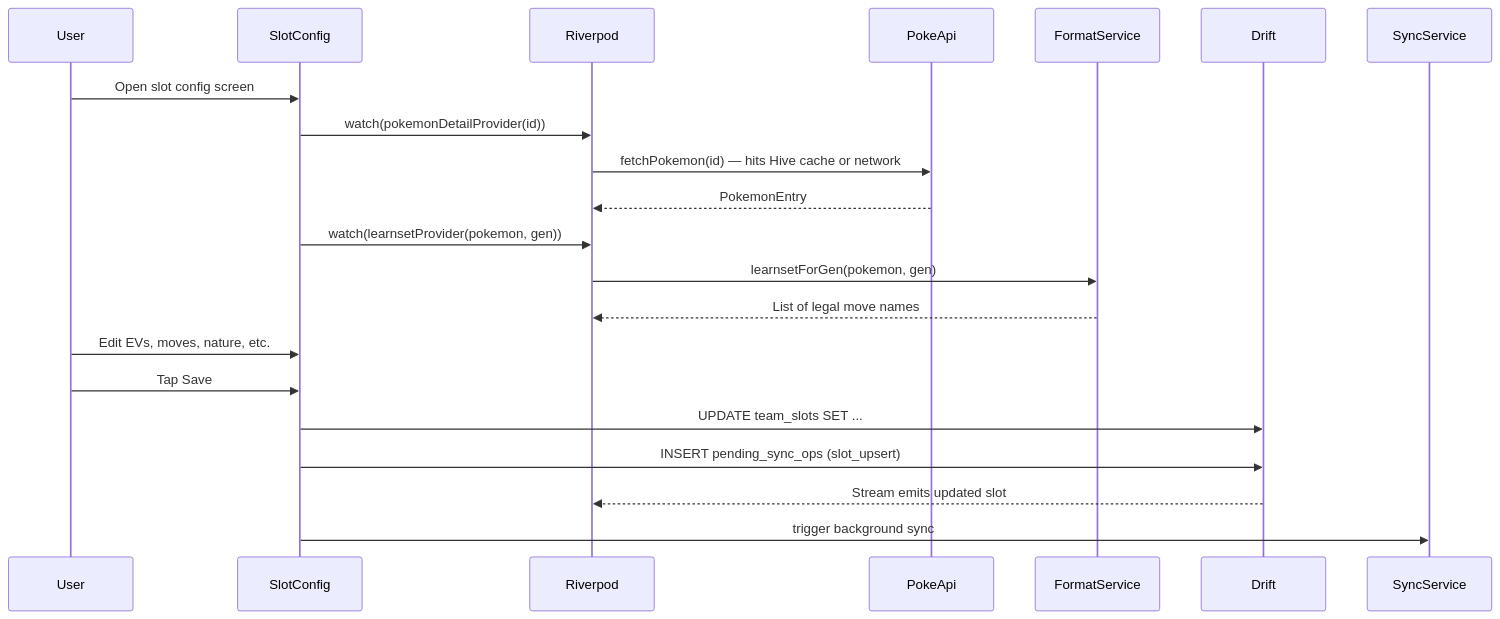
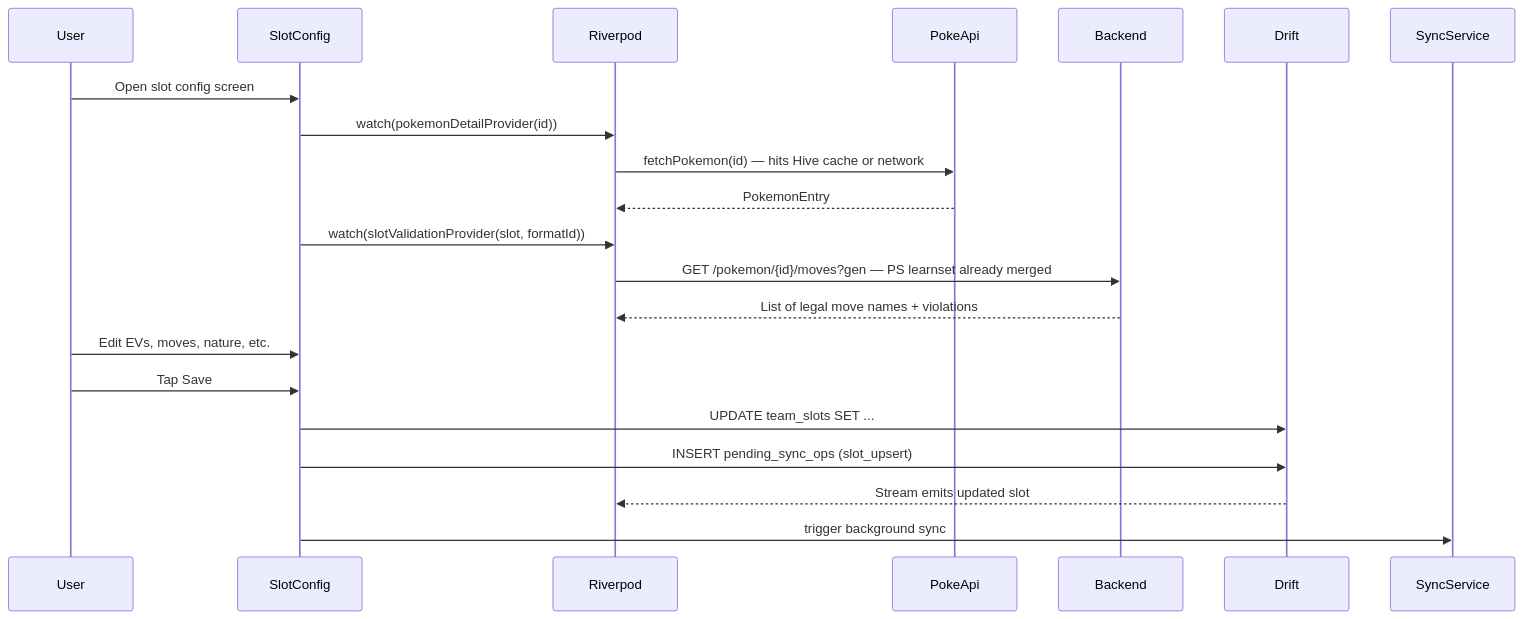
Diagram 13 of 14 in README.md (KwasiAsante/PokeTeamDex), drawn with Mermaid before and after one commit. The commit also changed other lines of this file and 49 other files, not shown here.

First line of the commit message:
feat: withBackendFallback utility; migrate pickers and list/detail screens (#299)

````diff
--- a/README.md
+++ b/README.md
@@ -746,24 +750,24 @@
 ```mermaid
 sequenceDiagram
     participant User
     participant SlotConfig
     participant Riverpod
     participant PokeApi
-    participant FormatService
+    participant Backend
     participant Drift
 
     User->>SlotConfig: Open slot config screen
     SlotConfig->>Riverpod: watch(pokemonDetailProvider(id))
     Riverpod->>PokeApi: fetchPokemon(id) — hits Hive cache or network
     PokeApi-->>Riverpod: PokemonEntry
-    SlotConfig->>Riverpod: watch(learnsetProvider(pokemon, gen))
-    Riverpod->>FormatService: learnsetForGen(pokemon, gen)
-    FormatService-->>Riverpod: List of legal move names
+    SlotConfig->>Riverpod: watch(slotValidationProvider(slot, formatId))
+    Riverpod->>Backend: GET /pokemon/{id}/moves?gen — PS learnset already merged
+    Backend-->>Riverpod: List of legal move names + violations
 
     User->>SlotConfig: Edit EVs, moves, nature, etc.
     User->>SlotConfig: Tap Save
     SlotConfig->>Drift: UPDATE team_slots SET ...
     SlotConfig->>Drift: INSERT pending_sync_ops (slot_upsert)
     Drift-->>Riverpod: Stream emits updated slot
     SlotConfig->>SyncService: trigger background sync
 ```
````
